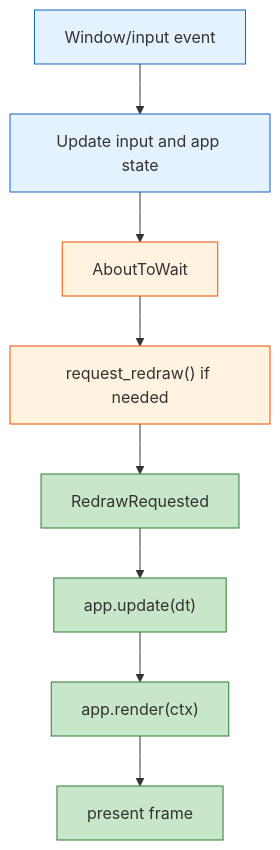
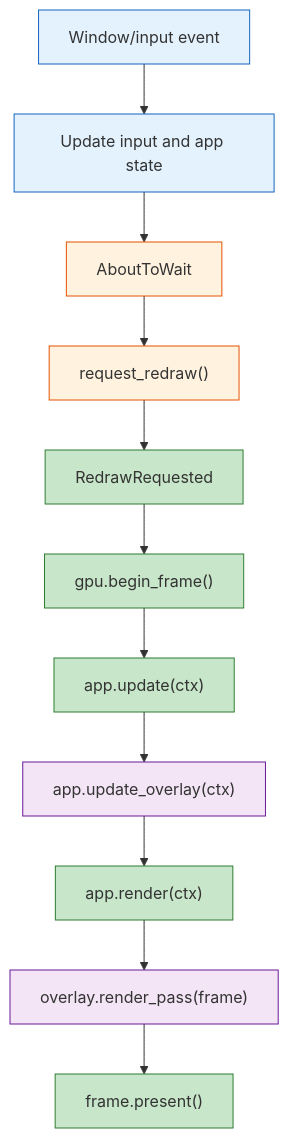
The second of 3 diagrams in docs/APPLICATION.md (vansweej/nodemoss), drawn with Mermaid before and after one commit. The commit also changed other lines of this file and 2 other files, not shown here.

First line of the commit message:
docs: update AGENTS.md, ARCHITECTURE.md, APPLICATION.md for milestone 4

````diff
--- a/docs/APPLICATION.md
+++ b/docs/APPLICATION.md
@@ -184,19 +220,25 @@
 ```mermaid
 flowchart TD
     WE["Window/input event"] --> Handle["Update input and app state"]
     Handle --> Wait["AboutToWait"]
-    Wait --> Req["request_redraw() if needed"]
+    Wait --> Req["request_redraw()"]
     Req --> Redraw["RedrawRequested"]
-    Redraw --> Update["app.update(dt)"]
-    Update --> Render["app.render(ctx)"]
-    Render --> Present["present frame"]
+    Redraw --> BF["gpu.begin_frame()"]
+    BF --> Update["app.update(ctx)"]
+    Update --> Overlay["app.update_overlay(ctx)"]
+    Overlay --> Render["app.render(ctx)"]
+    Render --> OP["overlay.render_pass(frame)"]
+    OP --> Present["frame.present()"]
 
     style WE fill:#e3f2fd,stroke:#1565c0
     style Handle fill:#e3f2fd,stroke:#1565c0
     style Wait fill:#fff3e0,stroke:#e65100
     style Req fill:#fff3e0,stroke:#e65100
     style Redraw fill:#c8e6c9,stroke:#2e7d32
+    style BF fill:#c8e6c9,stroke:#2e7d32
     style Update fill:#c8e6c9,stroke:#2e7d32
+    style Overlay fill:#f3e5f5,stroke:#6a1b9a
     style Render fill:#c8e6c9,stroke:#2e7d32
+    style OP fill:#f3e5f5,stroke:#6a1b9a
     style Present fill:#c8e6c9,stroke:#2e7d32
 ```
````
